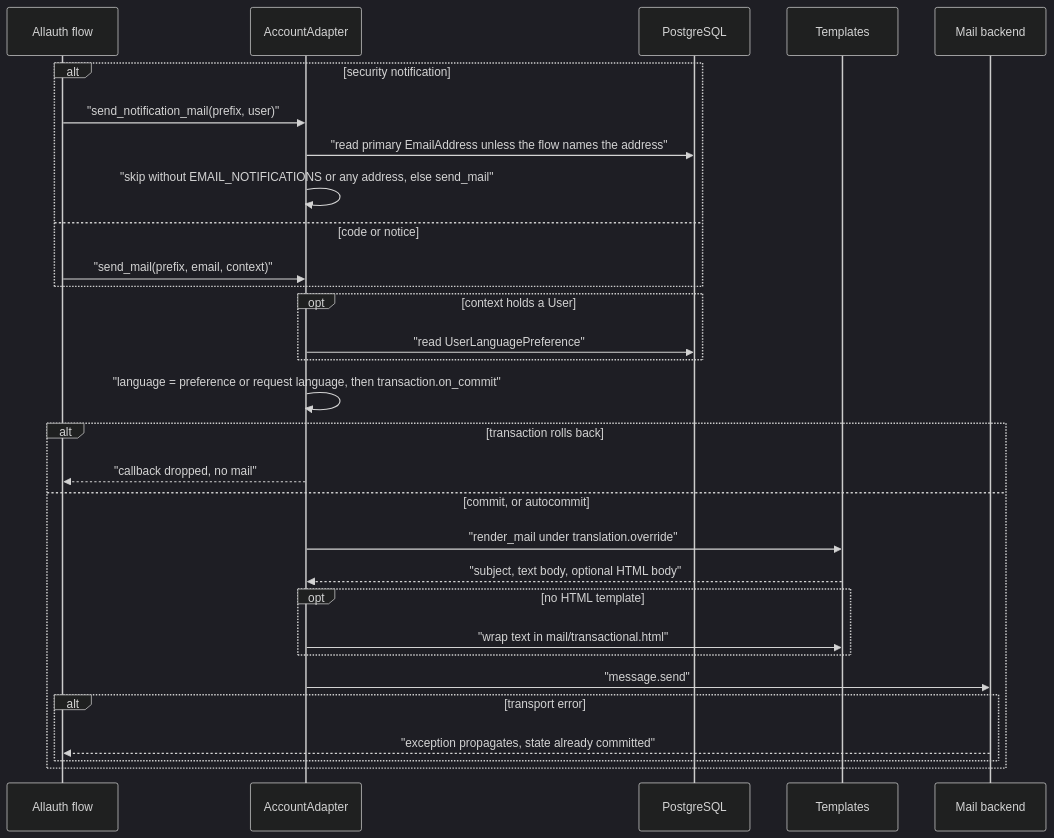
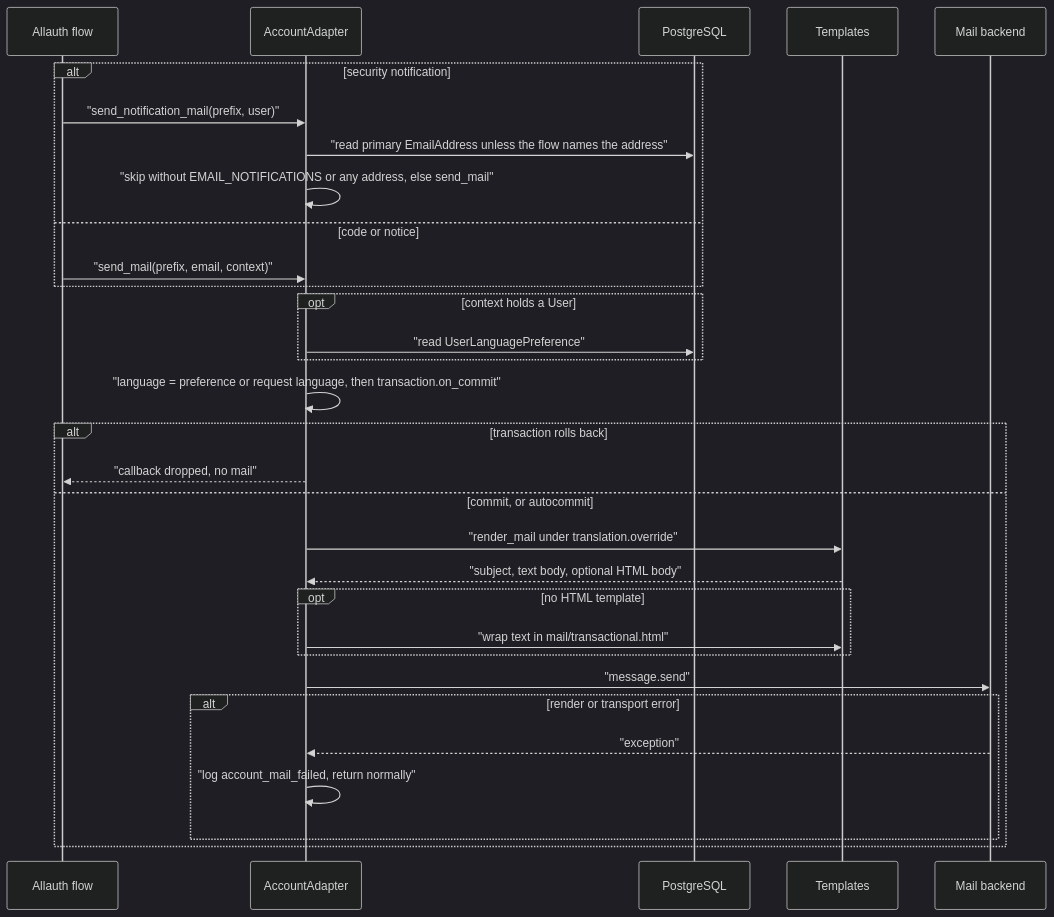
The diagram in docs/flows/account-mail-notifications.md (erkurtharun/pyracast), drawn with Mermaid (dark theme) before and after one commit. The commit also changed other lines of this file and 11 other files, not shown here.

First line of the commit message:
Contain account mail transport failures in the adapter send path

````diff
--- a/docs/flows/account-mail-notifications.md
+++ b/docs/flows/account-mail-notifications.md
@@ -15,32 +15,33 @@
 ```mermaid
 sequenceDiagram
     participant F as Allauth flow
     participant A as AccountAdapter
     participant DB as PostgreSQL
     participant T as Templates
     participant M as Mail backend
     alt security notification
         F->>A: "send_notification_mail(prefix, user)"
         A->>DB: "read primary EmailAddress unless the flow names the address"
         A->>A: "skip without EMAIL_NOTIFICATIONS or any address, else send_mail"
     else code or notice
         F->>A: "send_mail(prefix, email, context)"
     end
     opt context holds a User
         A->>DB: "read UserLanguagePreference"
     end
     A->>A: "language = preference or request language, then transaction.on_commit"
     alt transaction rolls back
         A-->>F: "callback dropped, no mail"
     else commit, or autocommit
         A->>T: "render_mail under translation.override"
         T-->>A: "subject, text body, optional HTML body"
         opt no HTML template
             A->>T: "wrap text in mail/transactional.html"
         end
         A->>M: "message.send"
-        alt transport error
-            M-->>F: "exception propagates, state already committed"
+        alt render or transport error
+            M-->>A: "exception"
+            A->>A: "log account_mail_failed, return normally"
         end
     end
 ```
````
